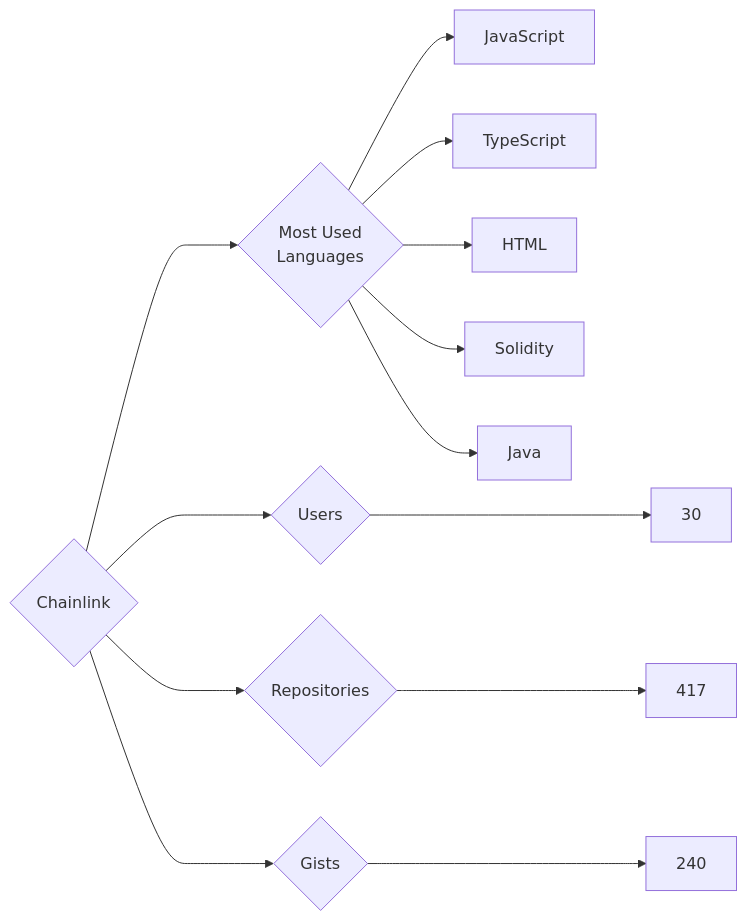
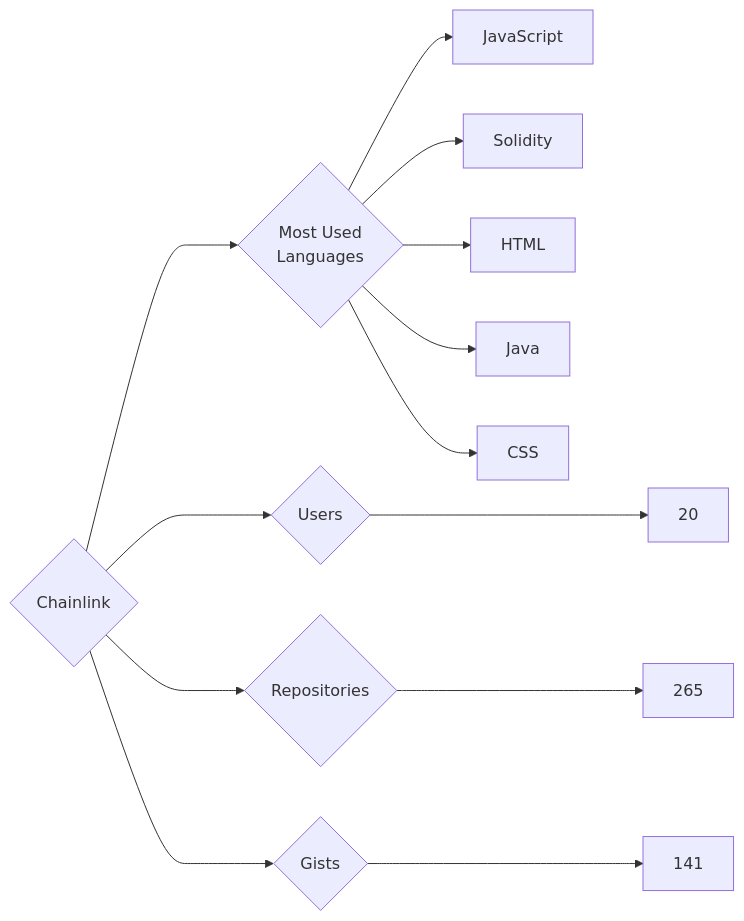
Before and after one commit to trickest/insiders: the diagram in targets/Chainlink/README.md, drawn with Mermaid. The commit also changed 681 other files, not shown here.

````diff
--- a/targets/Chainlink/README.md
+++ b/targets/Chainlink/README.md
@@ -3,13 +3,13 @@
 ```mermaid
 graph LR
 COMPANY_NAME{Chainlink}
-COMPANY_NAME ---> U{Users} ---> UN[30]
-COMPANY_NAME ---> R{Repositories} ---> RN[417]
-COMPANY_NAME ---> G{Gists} ---> GN[240]
+COMPANY_NAME ---> U{Users} ---> UN[20]
+COMPANY_NAME ---> R{Repositories} ---> RN[265]
+COMPANY_NAME ---> G{Gists} ---> GN[141]
 COMPANY_NAME ---> ML{Most Used<br>Languages}
 ML --> JavaScript[JavaScript]
-ML --> TypeScript[TypeScript]
+ML --> Solidity[Solidity]
 ML --> HTML[HTML]
-ML --> Solidity[Solidity]
 ML --> Java[Java]
+ML --> CSS[CSS]
 ```
````
